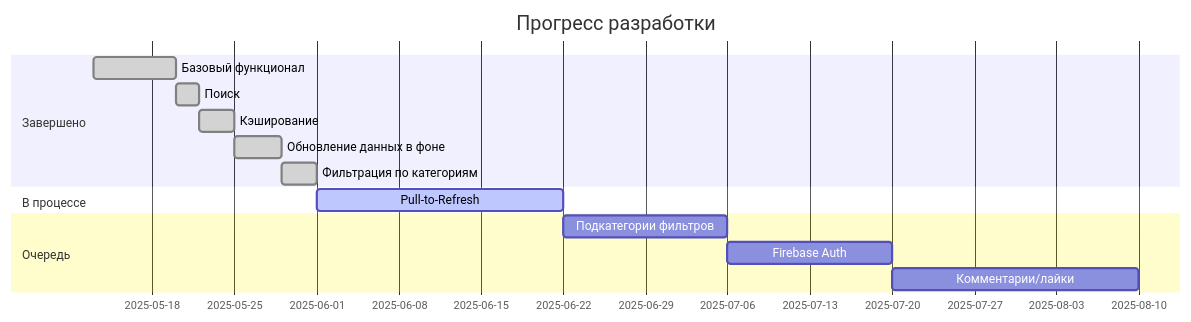
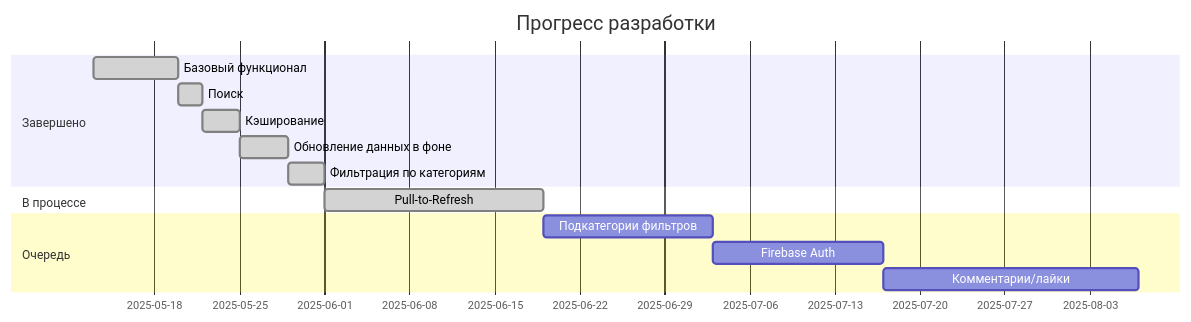
Before and after one commit to niksaen-official/NewsAggregator: the diagram in README.md, drawn with Mermaid. The commit also changed other lines of this file, not shown here.

````diff
--- a/README.md
+++ b/README.md
@@ -37,18 +38,18 @@
 ```mermaid
 gantt
     title Прогресс разработки
     dateFormat  YYYY-MM-DD
     todayMarker stroke=#000, thickness=4px
     section Завершено
     Базовый функционал          :done,    task1, 2025-05-13, 7d
     Поиск                       :done,    task2, after task1, 2d
     Кэширование                 :done,    task3, after task2, 3d
     Обновление данных в фоне    :done,    task4, after task3, 4d
     Фильтрация по категориям    :done,    task5, after task4, 3d
     section В процессе
-    Pull-to-Refresh             :active,  task6, after task5, 21d
+    Pull-to-Refresh             :done,  task6, after task5, 18d
     section Очередь
-    Подкатегории фильтров       :         task7, after task6, 14d
+    Подкатегории фильтров       :active         task7, after task6, 14d
     Firebase Auth               :         task8, after task7, 14d
     Комментарии/лайки           :         task9, after task8, 21d
 ```
````
